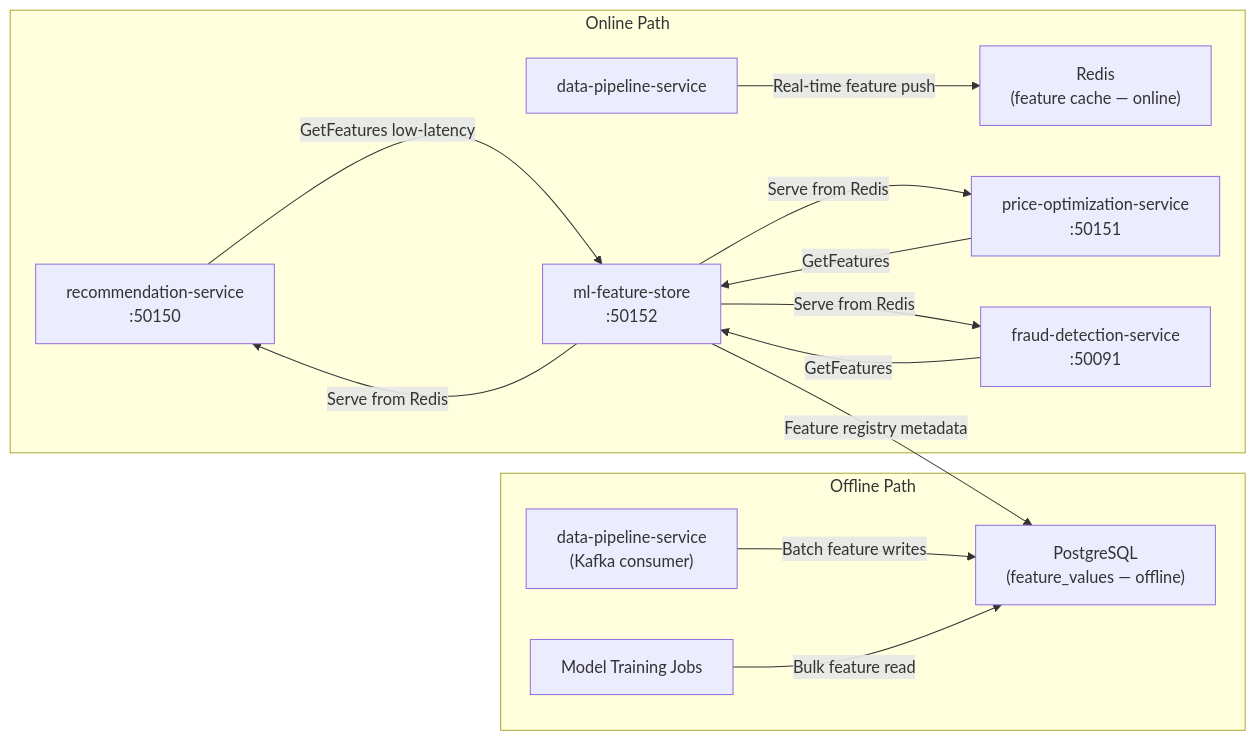
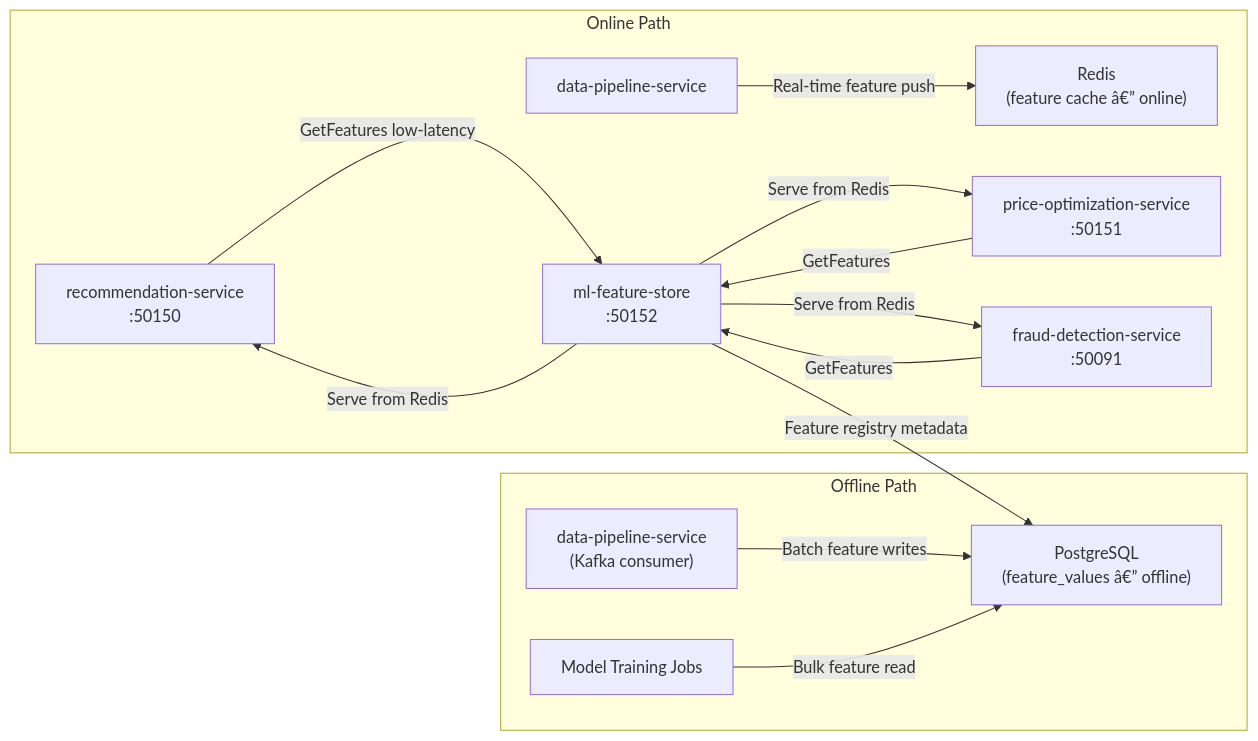
The diagram in src/analytics-ai/ml-feature-store/README.md (prabhat-roy/ShopOS), drawn with Mermaid before and after one commit. The commit also changed other lines of this file and 403 other files, not shown here.

````diff
--- a/src/analytics-ai/ml-feature-store/README.md
+++ b/src/analytics-ai/ml-feature-store/README.md
@@ -11,19 +11,19 @@
 ```mermaid
 graph LR
     subgraph Offline["Offline Path"]
-        DP["data-pipeline-service\n(Kafka consumer)"] -->|Batch feature writes| PG["PostgreSQL\n(feature_values — offline)"]
+        DP["data-pipeline-service\n(Kafka consumer)"] -->|Batch feature writes| PG["PostgreSQL\n(feature_values â€” offline)"]
         Training["Model Training Jobs"] -->|Bulk feature read| PG
     end
 
     subgraph Online["Online Path"]
-        DP2["data-pipeline-service"] -->|Real-time feature push| Redis["Redis\n(feature cache — online)"]
+        DP2["data-pipeline-service"] -->|Real-time feature push| Redis["Redis\n(feature cache â€” online)"]
         RS["recommendation-service\n:50150"] -->|GetFeatures low-latency| MFS["ml-feature-store\n:50152"]
         POS["price-optimization-service\n:50151"] -->|GetFeatures| MFS
         FD["fraud-detection-service\n:50091"] -->|GetFeatures| MFS
         MFS -->|Serve from Redis| RS
         MFS -->|Serve from Redis| POS
         MFS -->|Serve from Redis| FD
     end
 
     MFS -->|Feature registry metadata| PG
 ```
````
